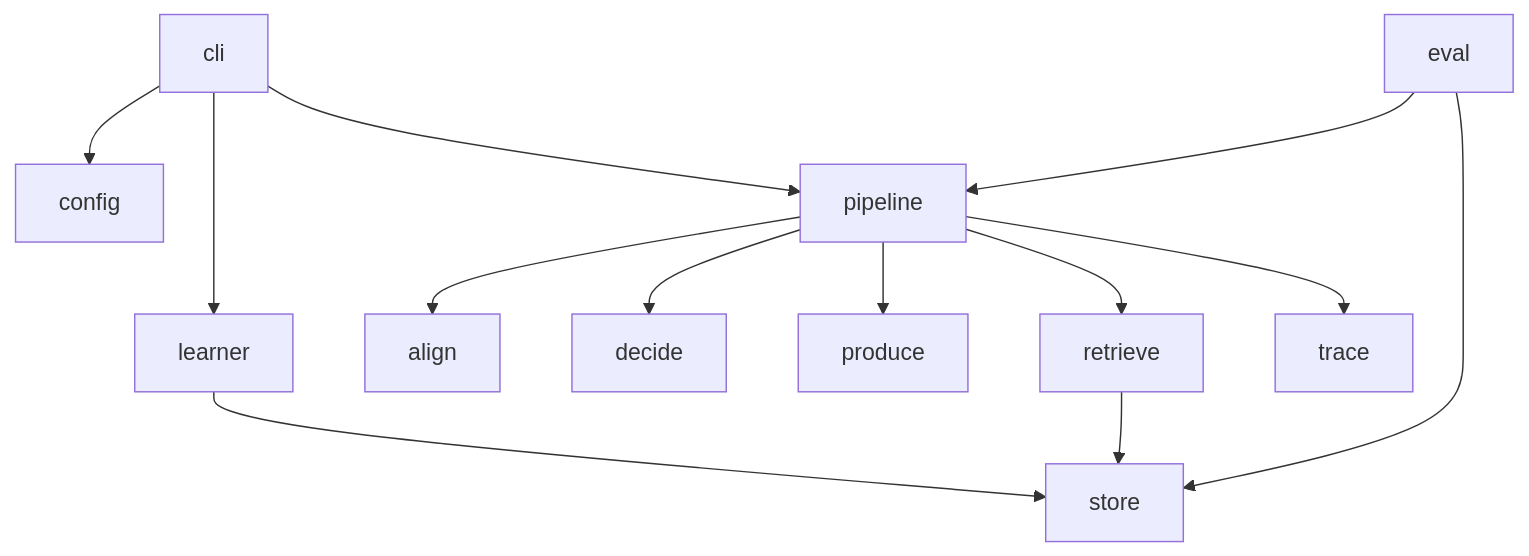
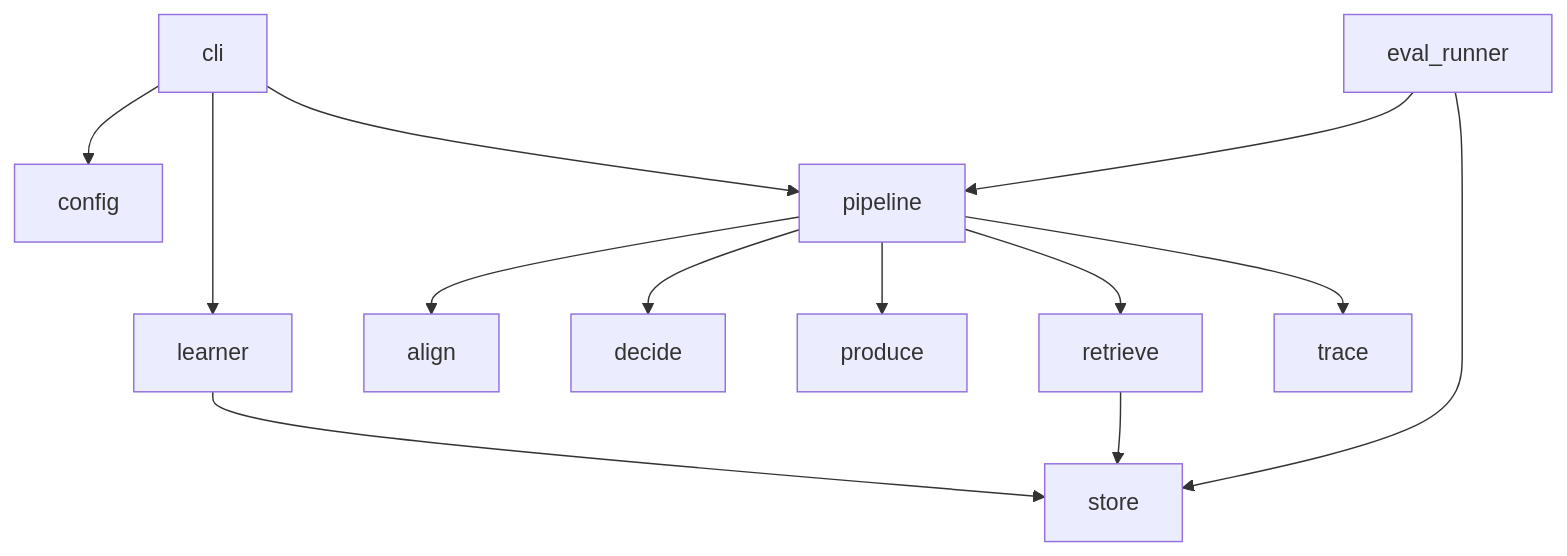
One commit to Akshit11318/kivi-memory-backend-akshit changed the eighth of 9 diagrams in README.md. Above: the diagram before and after it, drawn with Mermaid. The commit also changed other lines of this file and 39 other files, not shown here.

````diff
--- a/README.md
+++ b/README.md
@@ -217,15 +288,15 @@
 ```mermaid
 flowchart TB
   CLI[cli] --> CFG[config]
   CLI --> Pipe[pipeline]
   Pipe --> Ret[retrieve]
   Pipe --> Align[align]
   Pipe --> Dec[decide]
   Pipe --> Prod[produce]
   CLI --> Learn[learner]
   Learn --> Store[store]
   Ret --> Store
   Pipe --> Trace[trace]
-  Eval[eval] --> Pipe
+  Eval[eval_runner] --> Pipe
   Eval --> Store
 ```
````
